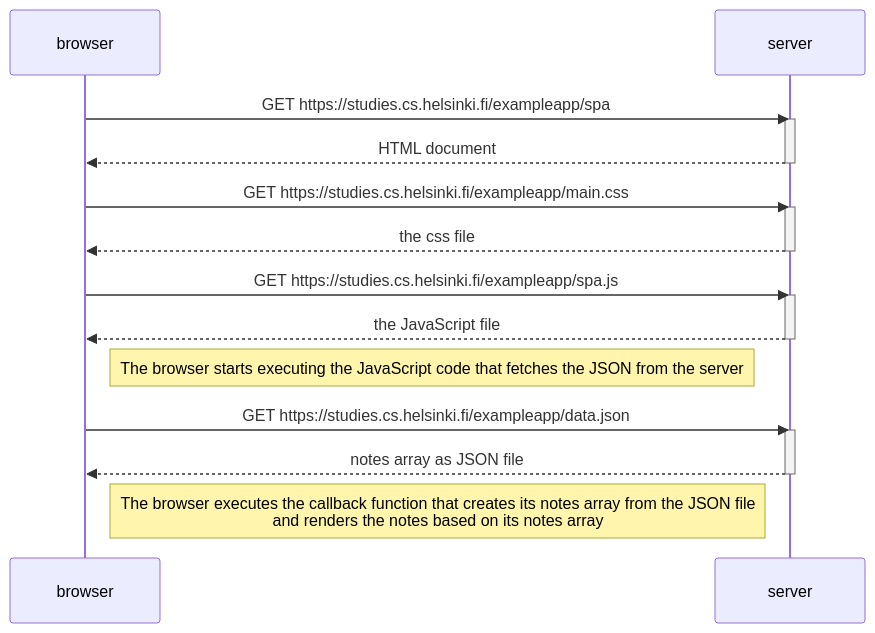
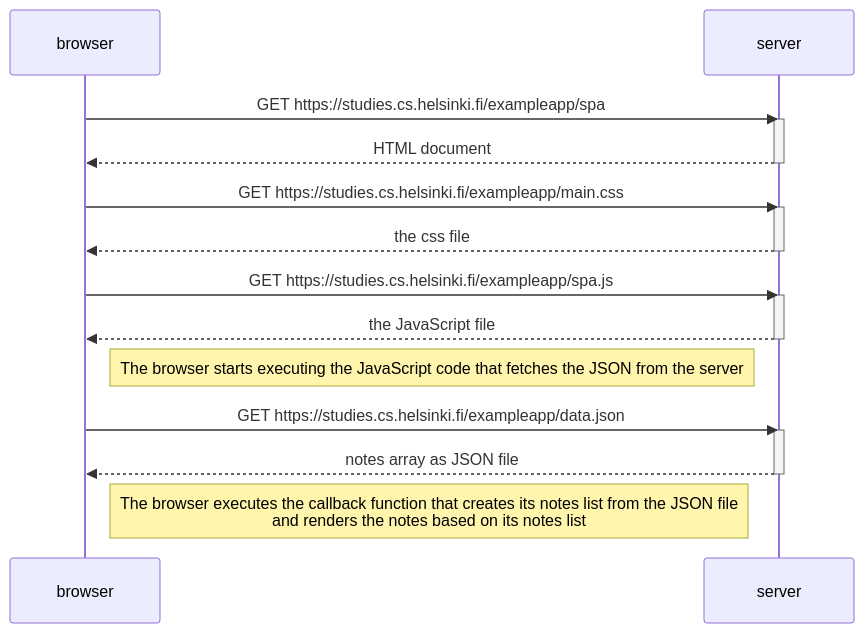
Before and after one commit to thomastoumasu/fullstack: the diagram in ex0_5.md, drawn with Mermaid.

````diff
--- a/ex0_5.md
+++ b/ex0_5.md
@@ -1,29 +1,29 @@
 ```mermaid
 sequenceDiagram
     participant browser
     participant server
 
     browser->>server: GET https://studies.cs.helsinki.fi/exampleapp/spa
     activate server
     server-->>browser: HTML document
     deactivate server
 
     browser->>server: GET https://studies.cs.helsinki.fi/exampleapp/main.css
     activate server
     server-->>browser: the css file
     deactivate server
 
     browser->>server: GET https://studies.cs.helsinki.fi/exampleapp/spa.js
     activate server
     server-->>browser: the JavaScript file
     deactivate server
 
     Note right of browser: The browser starts executing the JavaScript code that fetches the JSON from the server
 
     browser->>server: GET https://studies.cs.helsinki.fi/exampleapp/data.json
     activate server
     server-->>browser: notes array as JSON file
     deactivate server
 
-    Note right of browser: The browser executes the callback function that creates its notes array from the JSON file <br/>and renders the notes based on its notes array
+    Note right of browser: The browser executes the callback function that creates its notes list from the JSON file <br/> and renders the notes based on its notes list
 ```
````
